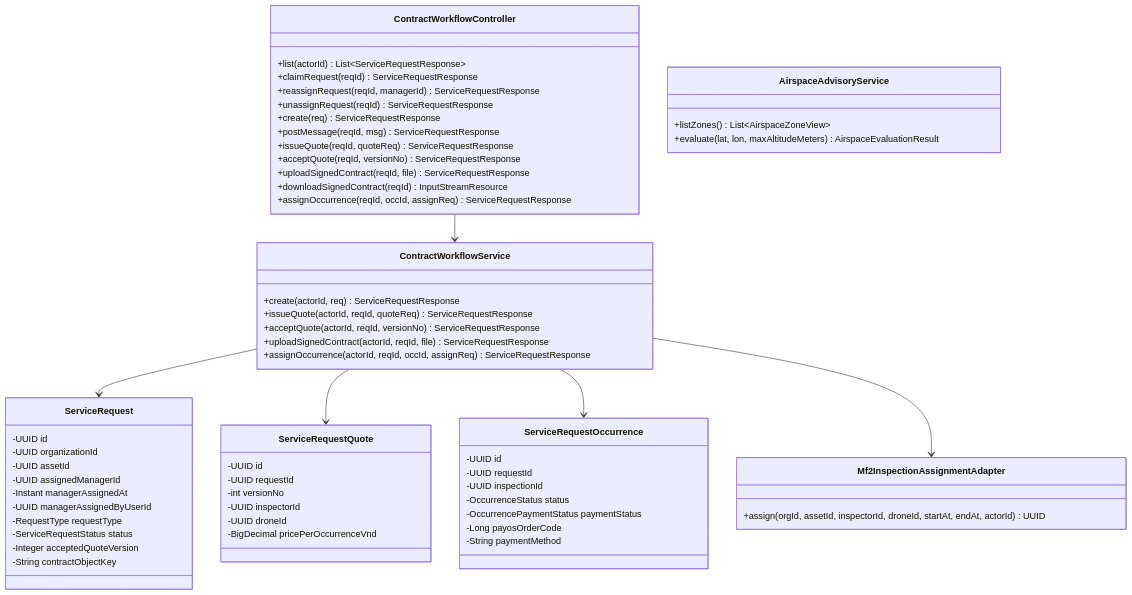
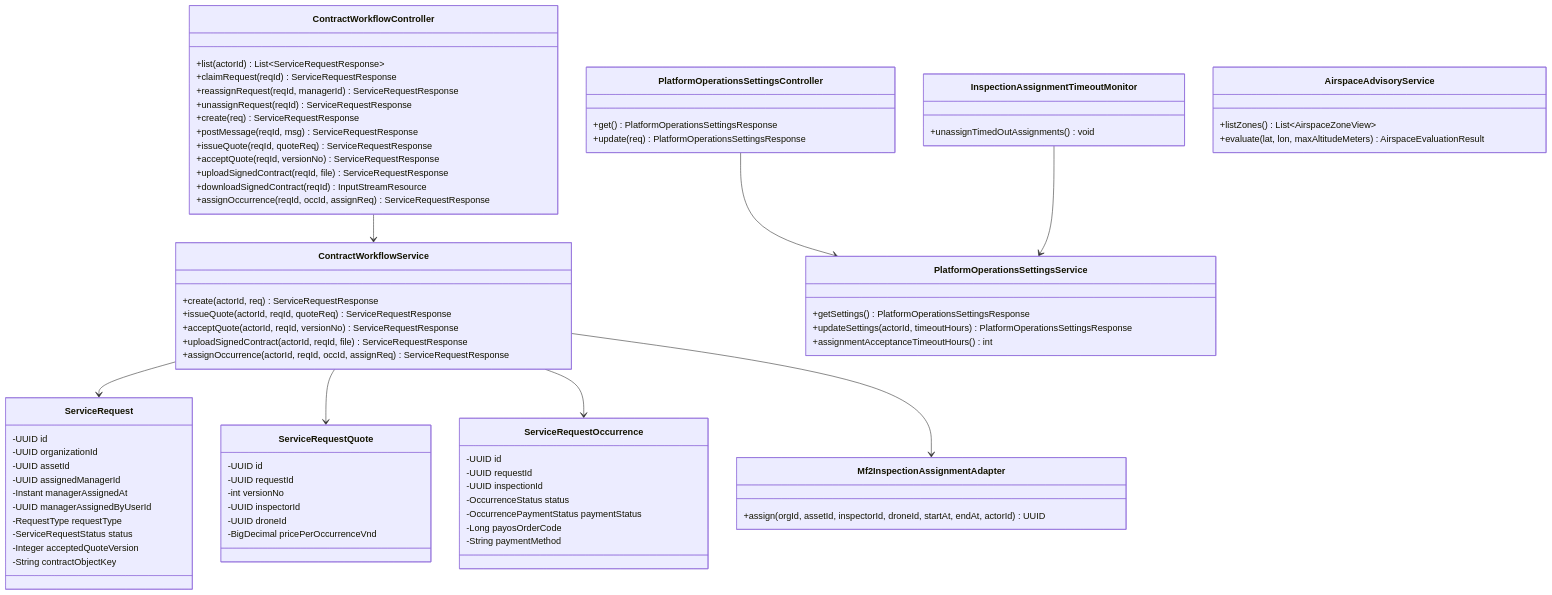
One commit to tungbach12/SmartDroneInspection-Docs changed the tenth of 21 diagrams in reports/report-4-software-design-document/03-detailed-design.md. Above: the diagram before and after it, drawn with Mermaid. The commit also changed other lines of this file and 3 other files, not shown here.

````diff
--- a/reports/report-4-software-design-document/03-detailed-design.md
+++ b/reports/report-4-software-design-document/03-detailed-design.md
@@ -525,65 +525,79 @@
 ```mermaid
 %% title: FE-04 Service Request, Quotation, Signed Contract and Dispatch Class Diagram
 classDiagram
   class ContractWorkflowController {
     +list(actorId) List~ServiceRequestResponse~
     +claimRequest(reqId) ServiceRequestResponse
     +reassignRequest(reqId, managerId) ServiceRequestResponse
     +unassignRequest(reqId) ServiceRequestResponse
     +create(req) ServiceRequestResponse
     +postMessage(reqId, msg) ServiceRequestResponse
     +issueQuote(reqId, quoteReq) ServiceRequestResponse
     +acceptQuote(reqId, versionNo) ServiceRequestResponse
     +uploadSignedContract(reqId, file) ServiceRequestResponse
     +downloadSignedContract(reqId) InputStreamResource
     +assignOccurrence(reqId, occId, assignReq) ServiceRequestResponse
   }
   class ContractWorkflowService {
     +create(actorId, req) ServiceRequestResponse
     +issueQuote(actorId, reqId, quoteReq) ServiceRequestResponse
     +acceptQuote(actorId, reqId, versionNo) ServiceRequestResponse
     +uploadSignedContract(actorId, reqId, file) ServiceRequestResponse
     +assignOccurrence(actorId, reqId, occId, assignReq) ServiceRequestResponse
   }
   class Mf2InspectionAssignmentAdapter {
     +assign(orgId, assetId, inspectorId, droneId, startAt, endAt, actorId) UUID
+  }
+  class PlatformOperationsSettingsController {
+    +get() PlatformOperationsSettingsResponse
+    +update(req) PlatformOperationsSettingsResponse
+  }
+  class PlatformOperationsSettingsService {
+    +getSettings() PlatformOperationsSettingsResponse
+    +updateSettings(actorId, timeoutHours) PlatformOperationsSettingsResponse
+    +assignmentAcceptanceTimeoutHours() int
+  }
+  class InspectionAssignmentTimeoutMonitor {
+    +unassignTimedOutAssignments() void
   }
   class AirspaceAdvisoryService {
     +listZones() List~AirspaceZoneView~
     +evaluate(lat, lon, maxAltitudeMeters) AirspaceEvaluationResult
   }
   class ServiceRequest {
     -UUID id
     -UUID organizationId
     -UUID assetId
     -UUID assignedManagerId
     -Instant managerAssignedAt
     -UUID managerAssignedByUserId
     -RequestType requestType
     -ServiceRequestStatus status
     -Integer acceptedQuoteVersion
     -String contractObjectKey
   }
   class ServiceRequestQuote {
     -UUID id
     -UUID requestId
     -int versionNo
     -UUID inspectorId
     -UUID droneId
     -BigDecimal pricePerOccurrenceVnd
   }
   class ServiceRequestOccurrence {
     -UUID id
     -UUID requestId
     -UUID inspectionId
     -OccurrenceStatus status
     -OccurrencePaymentStatus paymentStatus
     -Long payosOrderCode
     -String paymentMethod
   }
   ContractWorkflowController --> ContractWorkflowService
   ContractWorkflowService --> ServiceRequest
   ContractWorkflowService --> ServiceRequestQuote
   ContractWorkflowService --> ServiceRequestOccurrence
   ContractWorkflowService --> Mf2InspectionAssignmentAdapter
+  PlatformOperationsSettingsController --> PlatformOperationsSettingsService
+  InspectionAssignmentTimeoutMonitor --> PlatformOperationsSettingsService
 ```
````
